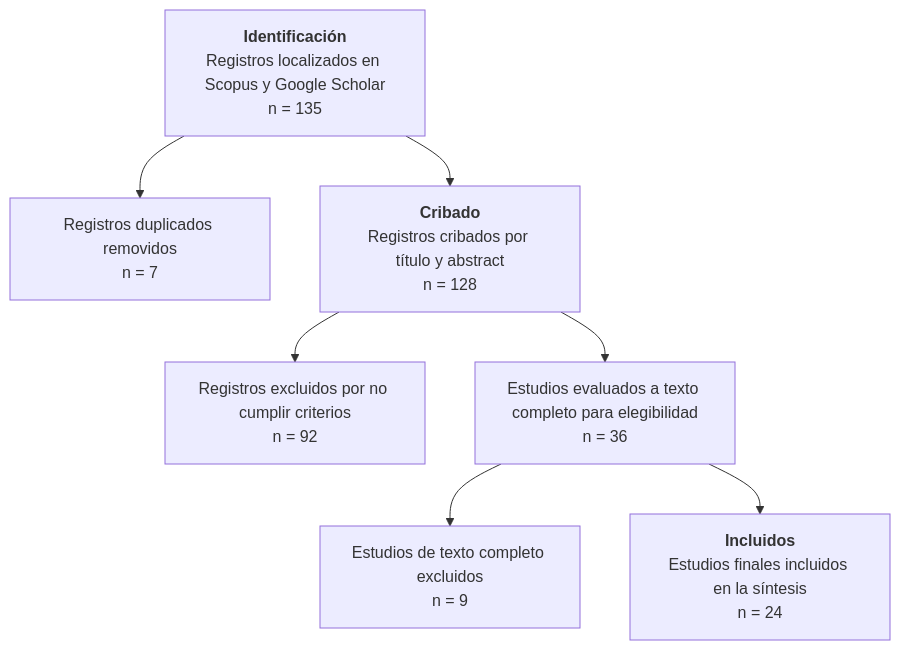
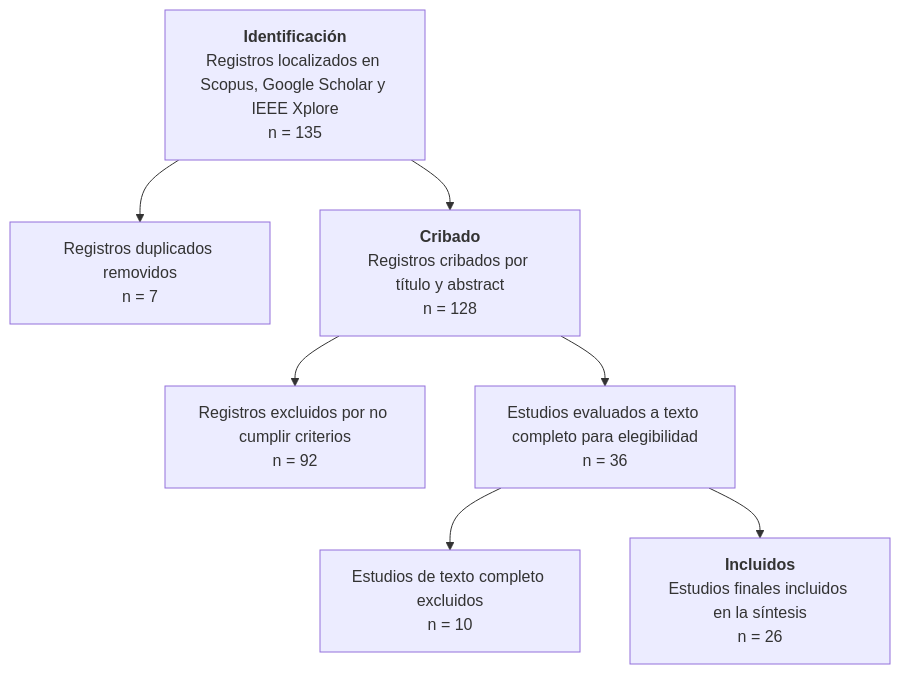
One commit to JkVely/SLR-Green-Software-Colombia changed the diagram in 04-Borrador.md. Above: the diagram before and after it, drawn with Mermaid. The commit also changed other lines of this file and 33 other files, not shown here.

````diff
--- a/04-Borrador.md
+++ b/04-Borrador.md
@@ -74,9 +77,9 @@
 ```mermaid
 graph TD
-    A[<b>Identificación</b><br/>Registros localizados en Scopus y Google Scholar<br/>n = 135] --> B[Registros duplicados removidos<br/>n = 7]
+    A[<b>Identificación</b><br/>Registros localizados en Scopus, Google Scholar y IEEE Xplore<br/>n = 135] --> B[Registros duplicados removidos<br/>n = 7]
     A --> C[<b>Cribado</b><br/>Registros cribados por título y abstract<br/>n = 128]
     C --> D[Registros excluidos por no cumplir criterios<br/>n = 92]
     C --> E[Estudios evaluados a texto completo para elegibilidad<br/>n = 36]
-    E --> F[Estudios de texto completo excluidos<br/>n = 9]
-    E --> G[<b>Incluidos</b><br/>Estudios finales incluidos en la síntesis<br/>n = 24]
+    E --> F[Estudios de texto completo excluidos<br/>n = 10]
+    E --> G[<b>Incluidos</b><br/>Estudios finales incluidos en la síntesis<br/>n = 26]
 ```
````
